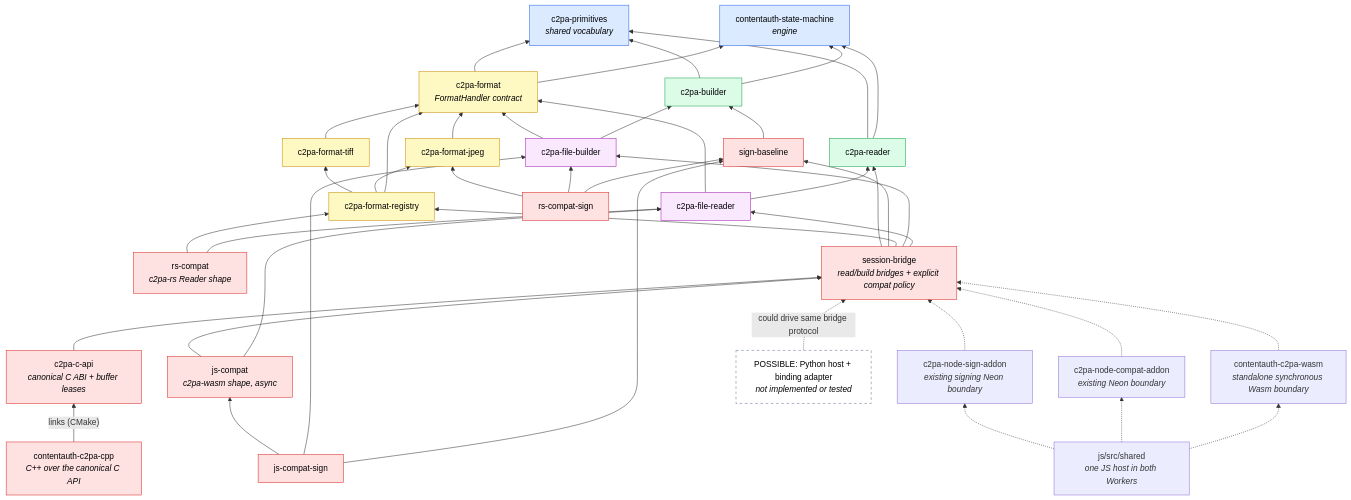
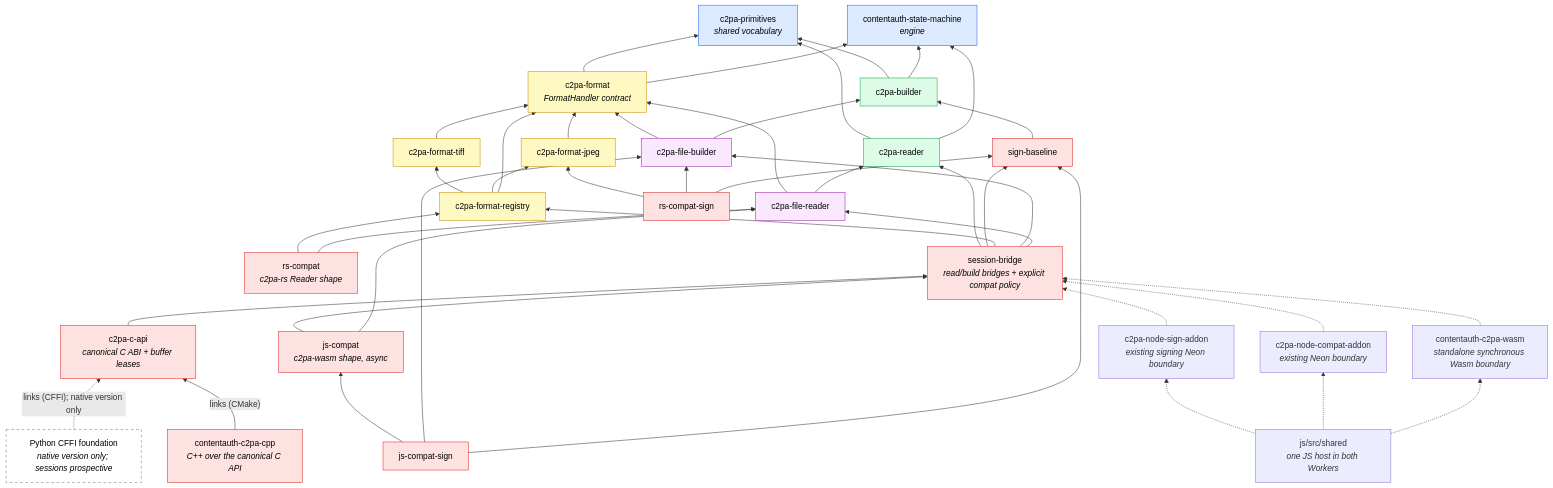
Before and after one commit to scouten/state-machine-experiment: the first of 2 diagrams in docs/walkthrough/02-architecture.md, drawn with Mermaid. The commit also changed other lines of this file and 14 other files, not shown here.

First line of the commit message:
Add Python CFFI binding foundation over the canonical C API

````diff
--- a/docs/walkthrough/02-architecture.md
+++ b/docs/walkthrough/02-architecture.md
@@ -14,66 +15,66 @@
 ```mermaid
 flowchart BT
     SM["contentauth-state-machine<br/><i>engine</i>"]
     PR["c2pa-primitives<br/><i>shared vocabulary</i>"]
 
     RD["c2pa-reader"]
     BD["c2pa-builder"]
     FM["c2pa-format<br/><i>FormatHandler contract</i>"]
 
     JP["c2pa-format-jpeg"]
     TF["c2pa-format-tiff"]
     RG["c2pa-format-registry"]
 
     FR["c2pa-file-reader"]
     FB["c2pa-file-builder"]
 
     RSC["rs-compat<br/><i>c2pa-rs Reader shape</i>"]
     JSC["js-compat<br/><i>c2pa-wasm shape, async</i>"]
     BR["session-bridge<br/><i>read/build bridges + explicit compat policy</i>"]
 
     SB["sign-baseline"]
     RSS["rs-compat-sign"]
     JSS["js-compat-sign"]
     HOST["js/src/shared<br/><i>one JS host in both Workers</i>"]
     PW["contentauth-c2pa-wasm<br/><i>standalone synchronous Wasm boundary</i>"]
     PN["c2pa-node-compat-addon<br/><i>existing Neon boundary</i>"]
     PNS["c2pa-node-sign-addon<br/><i>existing signing Neon boundary</i>"]
     CPP["contentauth-c2pa-cpp<br/><i>C++ over the canonical C API</i>"]
-    PY["POSSIBLE: Python host + binding adapter<br/><i>not implemented or tested</i>"]
+    PY["Python CFFI foundation<br/><i>native version only; sessions prospective</i>"]
     CAPI["c2pa-c-api<br/><i>canonical C ABI + buffer leases</i>"]
 
     RD --> SM & PR
     BD --> SM & PR
     FM --> SM & PR
     JP --> FM
     TF --> FM
     RG --> FM & JP & TF
     FR --> RD & FM
     FB --> BD & FM
     RSC --> FR & RG
     JSC --> FR & BR
     BR --> FR & FB & RG & SB & RD
     SB --> BD
     RSS --> SB & FB & JP
     JSS --> SB & FB & JSC
     HOST -.-> PW & PN & PNS
     PW -.-> BR
     PN -.-> BR
     PNS -.-> BR
     CPP -->|"links (CMake)"| CAPI
-    PY -.->|"could drive same bridge protocol"| BR
+    PY -.->|"links (CFFI); native version only"| CAPI
     CAPI --> BR
 
     classDef engine fill:#dbeafe,stroke:#2563eb,color:#000
     classDef core fill:#dcfce7,stroke:#16a34a,color:#000
     classDef fmt fill:#fef9c3,stroke:#ca8a04,color:#000
     classDef glue fill:#fae8ff,stroke:#a21caf,color:#000
     classDef bind fill:#fee2e2,stroke:#dc2626,color:#000
     classDef proposed fill:#fff,stroke:#64748b,stroke-dasharray:5 5,color:#000
     class SM,PR engine
     class RD,BD core
     class FM,JP,TF,RG fmt
     class FR,FB glue
     class RSC,JSC,BR,CPP,SB,RSS,JSS,CAPI bind
     class PY proposed
 ```
````
